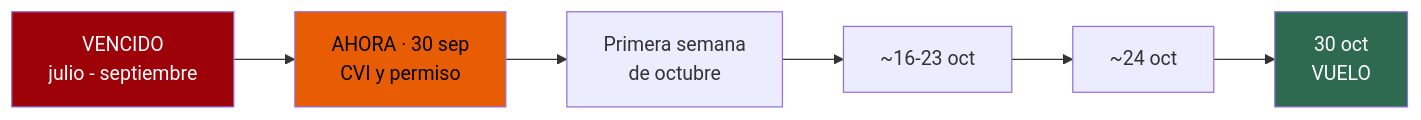
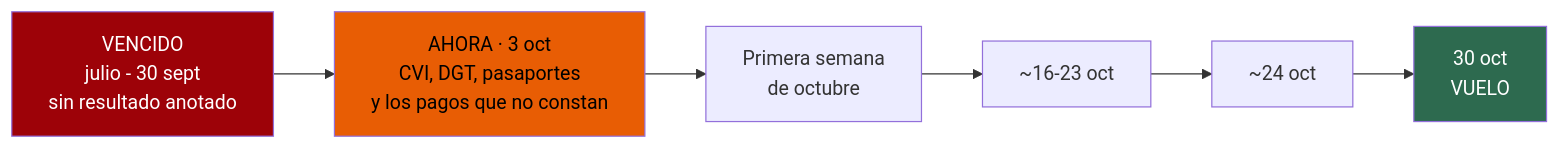
Before and after one commit to morandeirachema/namibia: the second of 5 diagrams in 04-guia-preparacion.md, drawn with Mermaid. The commit also changed other lines of this file and 28 other files, not shown here.

````diff
--- a/04-guia-preparacion.md
+++ b/04-guia-preparacion.md
@@ -75,10 +81,10 @@
 ```mermaid
 flowchart LR
 %% ancho
-    J["VENCIDO<br/>julio - septiembre"] --> A["AHORA · 30 sep<br/>CVI y permiso"]
+    J["VENCIDO<br/>julio - 30 sept<br/>sin resultado anotado"] --> A["AHORA · 3 oct<br/>CVI, DGT, pasaportes<br/>y los pagos que no constan"]
     A --> O1["Primera semana<br/>de octubre"] --> O2["~16-23 oct"] --> O3["~24 oct"]
     O3 --> F["30 oct<br/>VUELO"]
     style J fill:#9d0208,color:#fff
     style A fill:#e85d04,color:#000
     style F fill:#2d6a4f,color:#fff
 ```
````
